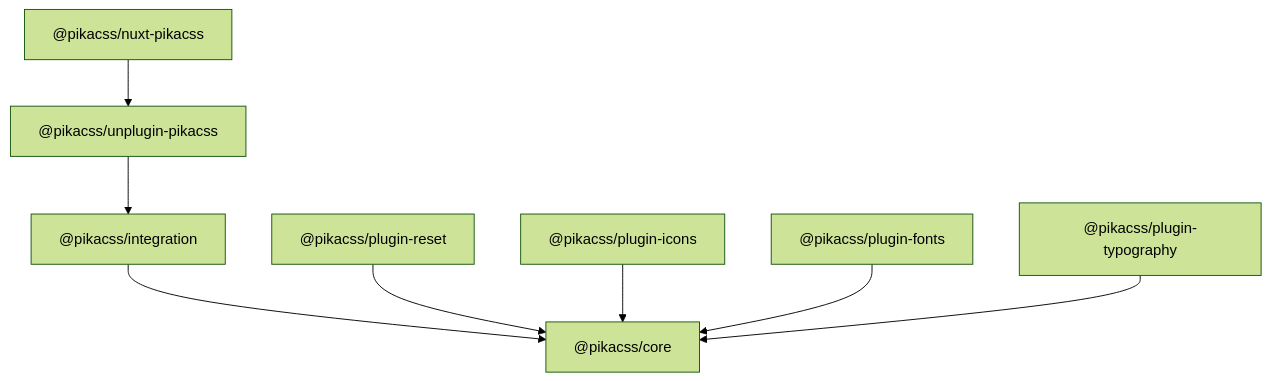
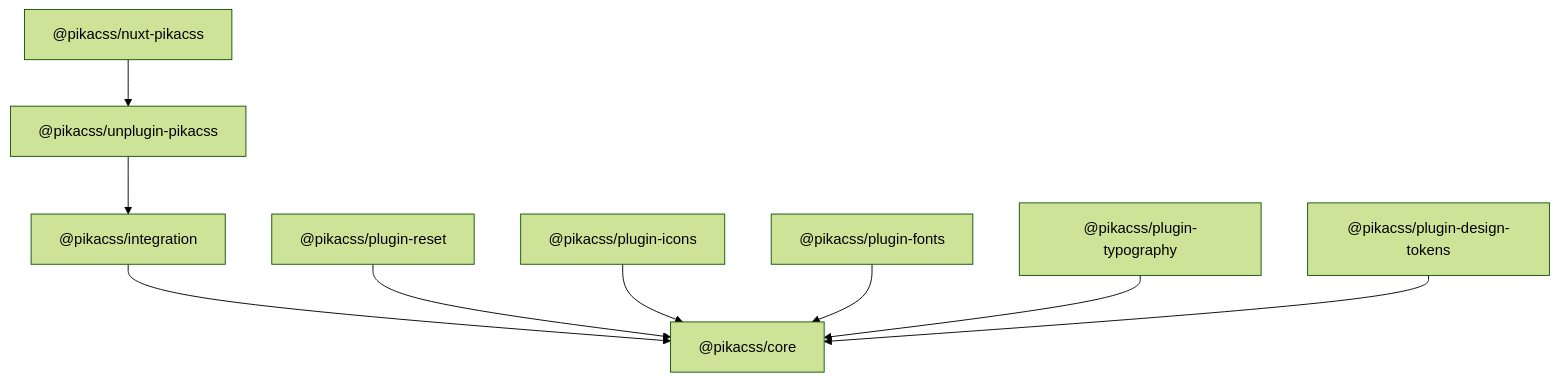
One commit to pikacss/pikacss changed the diagram in docs/api/index.md. Above: the diagram before and after it, drawn with Mermaid (forest theme). The commit also changed other lines of this file and 26 other files, not shown here.

First line of the commit message:
feat(plugin-design-tokens): add design tokens plugin (W3C JSON + design.md sources)

````diff
--- a/docs/api/index.md
+++ b/docs/api/index.md
@@ -53,19 +55,21 @@
 ```mermaid
 graph TD
     core["@pikacss/core"]
     integration["@pikacss/integration"]
     unplugin["@pikacss/unplugin-pikacss"]
     nuxt["@pikacss/nuxt-pikacss"]
     reset["@pikacss/plugin-reset"]
     icons["@pikacss/plugin-icons"]
     fonts["@pikacss/plugin-fonts"]
     typography["@pikacss/plugin-typography"]
+    designTokens["@pikacss/plugin-design-tokens"]
 
     integration --> core
     unplugin --> integration
     nuxt --> unplugin
     reset --> core
     icons --> core
     fonts --> core
     typography --> core
+    designTokens --> core
 ```
````
